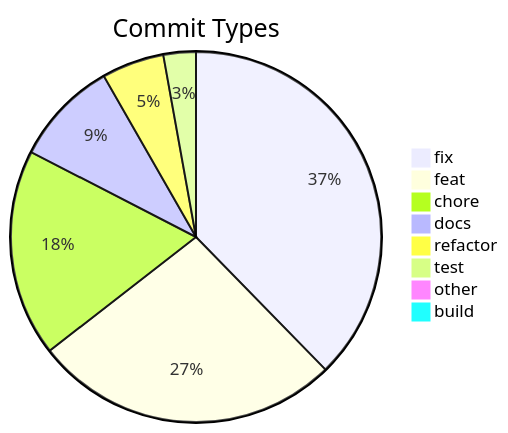
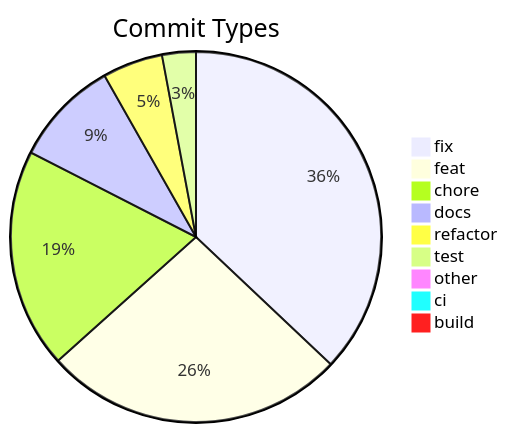
Before and after one commit to svenroth-ai/shipwright-webui: the diagram in .shipwright/compliance/change-history.md, drawn with Mermaid. The commit also changed other lines of this file and 13 other files, not shown here.

````diff
--- a/.shipwright/compliance/change-history.md
+++ b/.shipwright/compliance/change-history.md
@@ -8,11 +8,12 @@
 ```mermaid
 pie title Commit Types
-    "fix" : 173
-    "feat" : 123
-    "chore" : 83
-    "docs" : 42
+    "fix" : 176
+    "feat" : 125
+    "chore" : 91
+    "docs" : 44
     "refactor" : 25
-    "test" : 13
+    "test" : 14
     "other" : 4
+    "ci" : 3
     "build" : 1
 ```
````
